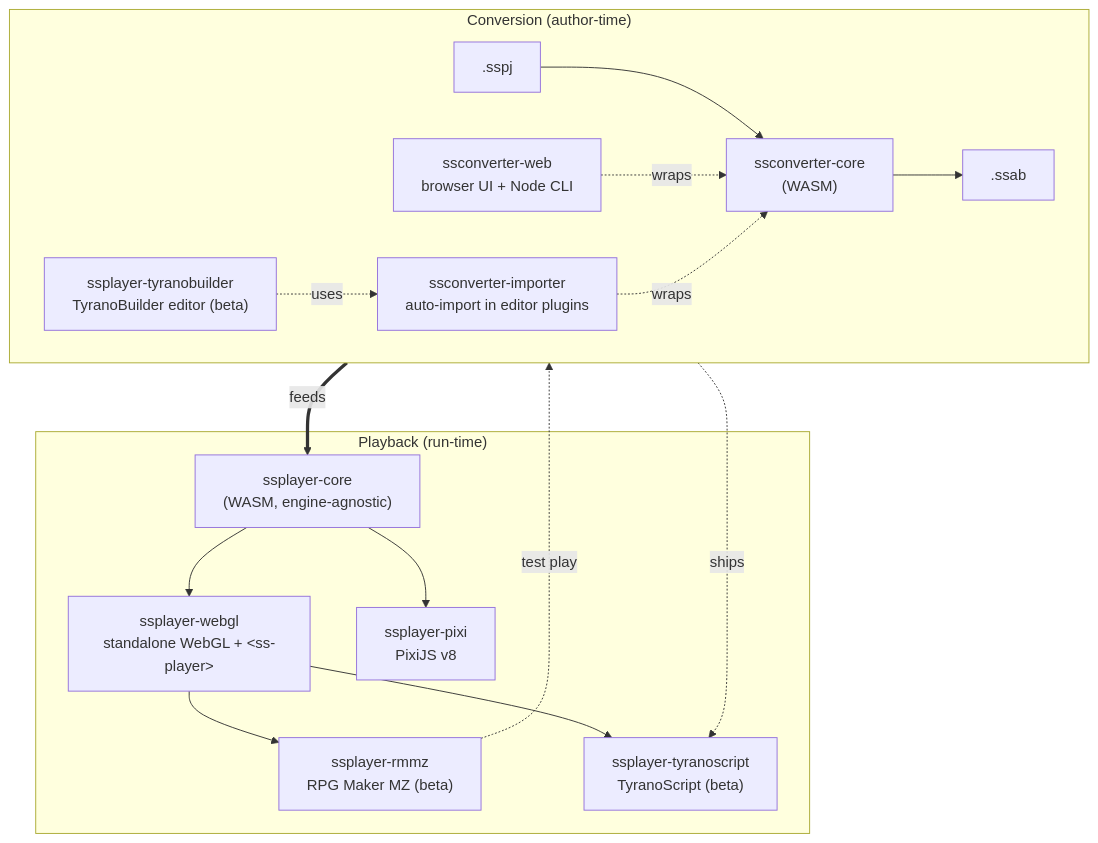
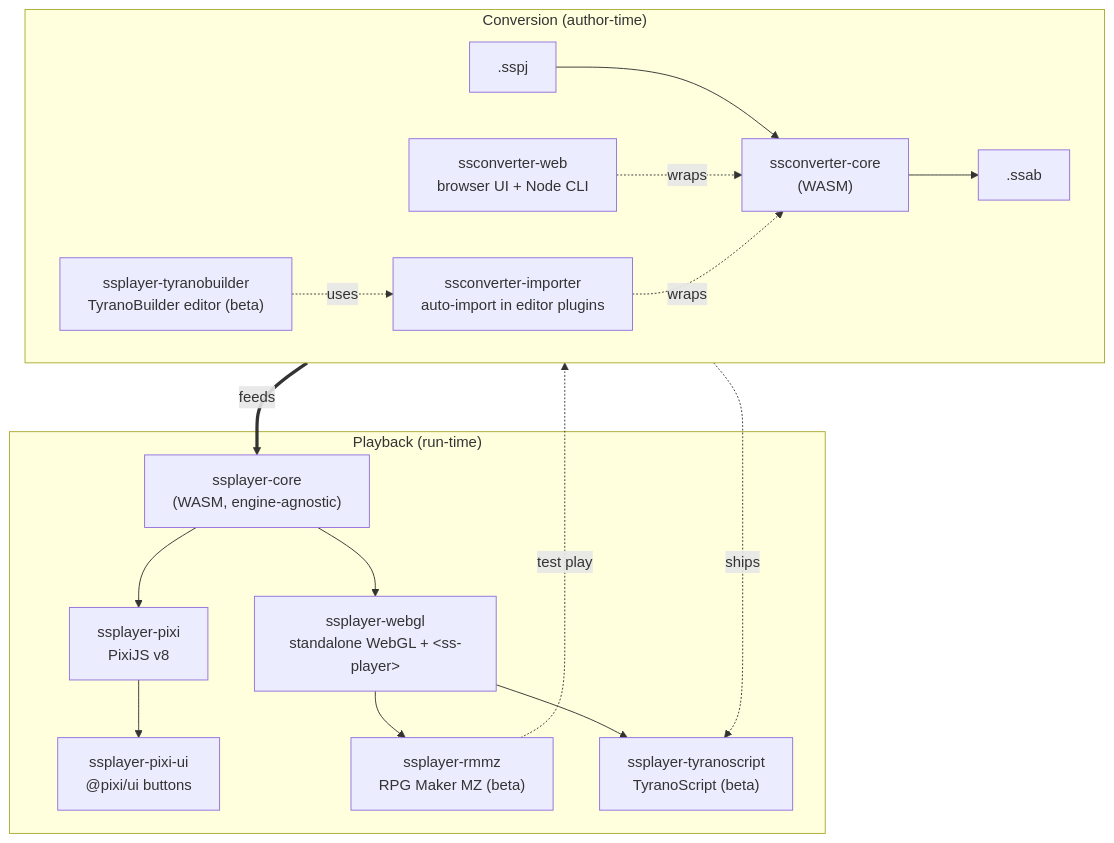
The diagram in README.md (cri-middleware/SSPlayerForWeb), drawn with Mermaid before and after one commit. The commit also changed other lines of this file and 41 other files, not shown here.

````diff
--- a/README.md
+++ b/README.md
@@ -100,26 +101,28 @@
 ```mermaid
 flowchart TD
     subgraph conv ["Conversion (author-time)"]
         direction LR
         sspj[".sspj"] --> convcore["ssconverter-core<br/>(WASM)"] --> ssab[".ssab"]
         convweb["ssconverter-web<br/>browser UI + Node CLI"] -. wraps .-> convcore
         importer["ssconverter-importer<br/>auto-import in editor plugins"] -. wraps .-> convcore
         tyranob["ssplayer-tyranobuilder<br/>TyranoBuilder editor (beta)"] -. uses .-> importer
     end
 
     subgraph play ["Playback (run-time)"]
         core["ssplayer-core<br/>(WASM, engine-agnostic)"]
         webgl["ssplayer-webgl<br/>standalone WebGL + &lt;ss-player&gt;"]
         pixi["ssplayer-pixi<br/>PixiJS v8"]
+        pixiui["ssplayer-pixi-ui<br/>@pixi/ui buttons"]
         rmmz["ssplayer-rmmz<br/>RPG Maker MZ (beta)"]
         tyrano["ssplayer-tyranoscript<br/>TyranoScript (beta)"]
         core --> webgl
         core --> pixi
+        pixi --> pixiui
         webgl --> rmmz
         webgl --> tyrano
     end
 
     tyranob -. ships .-> tyrano
     rmmz -. test play .-> importer
     ssab ==>|feeds| core
 ```
````
